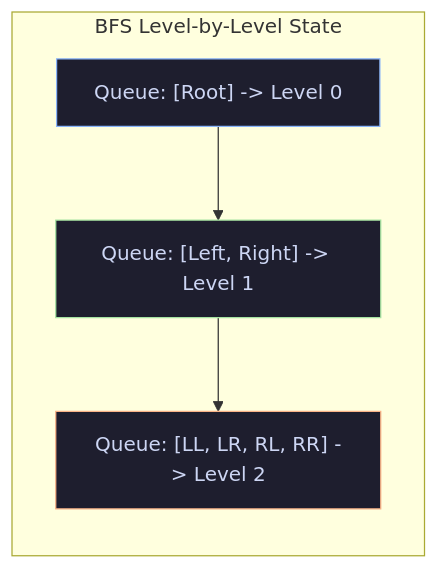
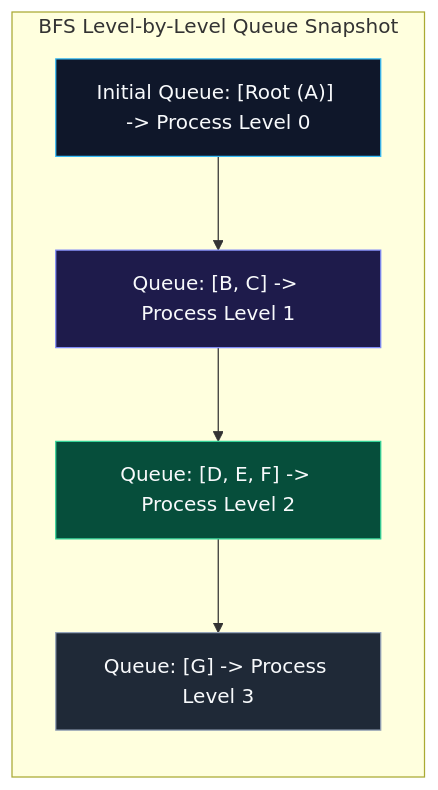
Before and after one commit to 1345AbhishekKumar/cs-cookbook: the seventh of 10 diagrams in content/docs/dsa/02-trees-heaps-and-core-patterns/01-binary-trees-and-traversals.mdx, drawn with Mermaid. The commit also changed other lines of this file and 211 other files, not shown here.

````diff
--- a/content/docs/dsa/02-trees-heaps-and-core-patterns/01-binary-trees-and-traversals.mdx
+++ b/content/docs/dsa/02-trees-heaps-and-core-patterns/01-binary-trees-and-traversals.mdx
@@ -149,13 +323,16 @@
 ```mermaid
 flowchart TD
-    subgraph LevelQueue["BFS Level-by-Level State"]
+    subgraph LevelState["BFS Level-by-Level Queue Snapshot"]
         direction TB
-        Q1["Queue: [Root] -> Level 0"]
-        Q2["Queue: [Left, Right] -> Level 1"]
-        Q3["Queue: [LL, LR, RL, RR] -> Level 2"]
-        Q1 --> Q2 --> Q3
+        Q0["Initial Queue: [Root (A)] -> Process Level 0"]
+        Q1["Queue: [B, C] -> Process Level 1"]
+        Q2["Queue: [D, E, F] -> Process Level 2"]
+        Q3["Queue: [G] -> Process Level 3"]
+        Q0 --> Q1 --> Q2 --> Q3
     end
-    style Q1 fill:#1e1e2e,stroke:#89b4fa,stroke-width:1px,color:#cdd6f4
-    style Q2 fill:#1e1e2e,stroke:#a6e3a1,stroke-width:1px,color:#cdd6f4
-    style Q3 fill:#1e1e2e,stroke:#fab387,stroke-width:1px,color:#cdd6f4
+
+    style Q0 fill:#0f172a,stroke:#38bdf8,stroke-width:1px,color:#f8fafc
+    style Q1 fill:#1e1b4b,stroke:#818cf8,stroke-width:1px,color:#f8fafc
+    style Q2 fill:#064e3b,stroke:#34d399,stroke-width:1px,color:#f8fafc
+    style Q3 fill:#1f2937,stroke:#94a3b8,stroke-width:1px,color:#f8fafc
 ```
````
